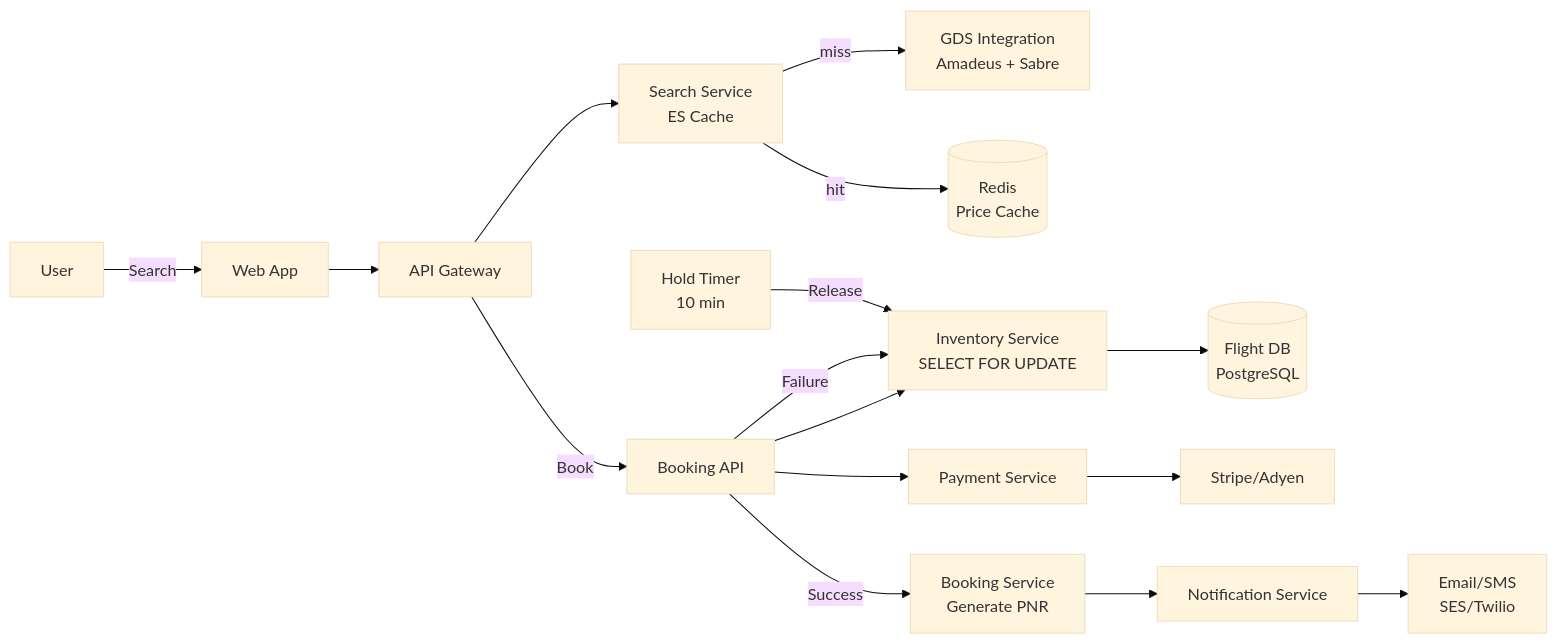
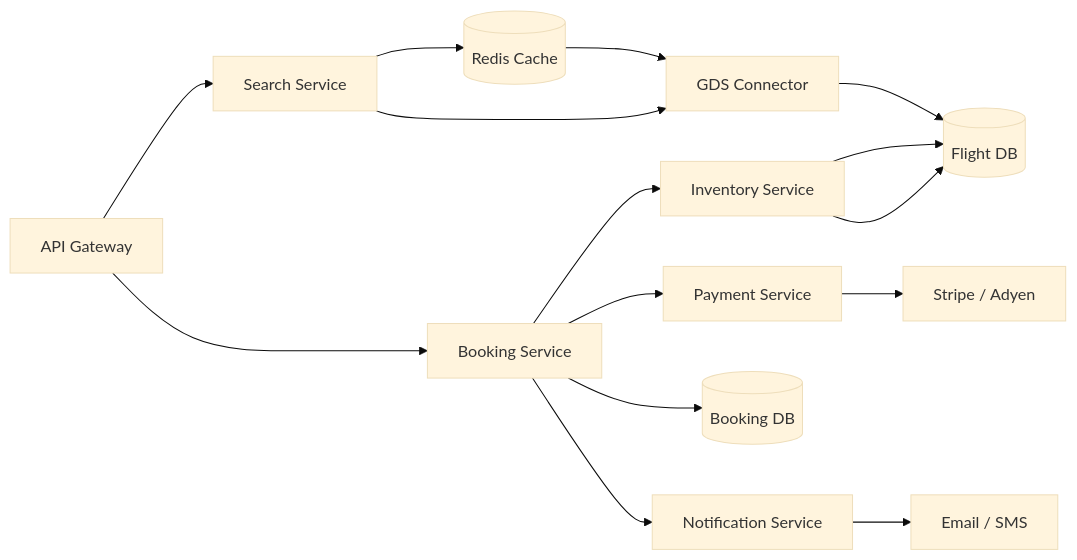
Before and after one commit to abhishekghoshh/system-design-helper: the second of 13 diagrams in docs/system-design/high-level/designing/advanced/flight-booking.md, drawn with Mermaid (base theme). The commit also changed other lines of this file and 107 other files, not shown here.

````diff
--- a/docs/system-design/high-level/designing/advanced/flight-booking.md
+++ b/docs/system-design/high-level/designing/advanced/flight-booking.md
@@ -416,18 +165,17 @@
 ```mermaid
-flowchart LR
-  U[User] -->|Search| Web[Web App]
-  Web --> APIGW[API Gateway]
-  APIGW --> SearchSvc[Search Service<br/>ES Cache]
-  SearchSvc -->|miss| GDS[GDS Integration<br/>Amadeus + Sabre]
-  SearchSvc -->|hit| Cache[(Redis<br/>Price Cache)]
-  APIGW -->|Book| BookingAPI[Booking API]
-  BookingAPI --> InvSvc[Inventory Service<br/>SELECT FOR UPDATE]
-  InvSvc --> DB[(Flight DB<br/>PostgreSQL)]
-  BookingAPI --> PaySvc[Payment Service]
-  PaySvc --> Stripe[Stripe/Adyen]
-  BookingAPI -->|Success| BookingSvc[Booking Service<br/>Generate PNR]
-  BookingAPI -->|Failure| InvSvc
-  BookingSvc --> NotifySvc[Notification Service]
-  NotifySvc --> Email[Email/SMS<br/>SES/Twilio]
-  HoldTimer[Hold Timer<br/>10 min] -->|Release| InvSvc
+graph LR
+    APIGW[API Gateway] --> SearchSvc[Search Service]
+    APIGW --> BookingSvc[Booking Service]
+    SearchSvc --> Cache[(Redis Cache)]
+    SearchSvc --> GDS[GDS Connector]
+    BookingSvc --> InvSvc[Inventory Service]
+    BookingSvc --> PaySvc[Payment Service]
+    BookingSvc --> BookingDB[(Booking DB)]
+    BookingSvc --> NotifSvc[Notification Service]
+    InvSvc --> FlightDB[(Flight DB)]
+    PaySvc --> Stripe[Stripe / Adyen]
+    NotifSvc --> Email[Email / SMS]
+    Cache --> GDS
+    GDS --> FlightDB
+    InvSvc --> FlightDB
 ```
````
